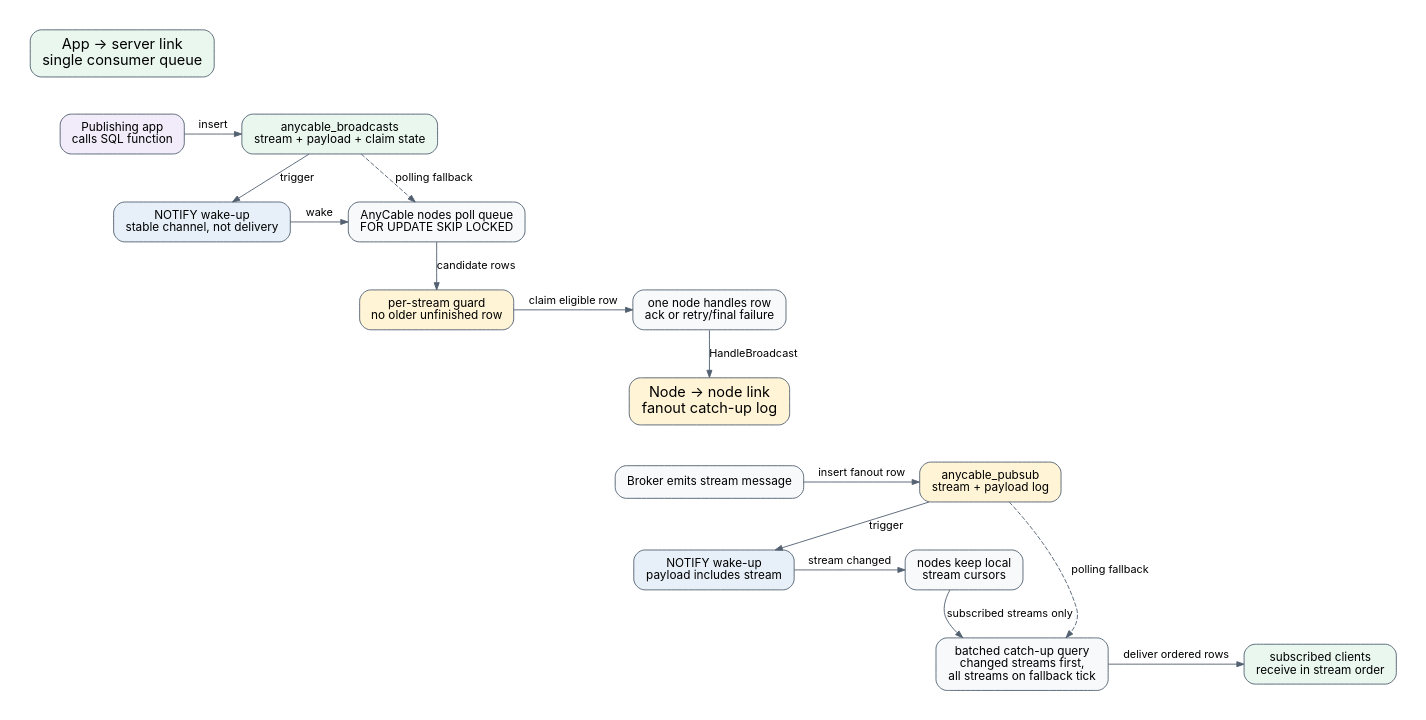
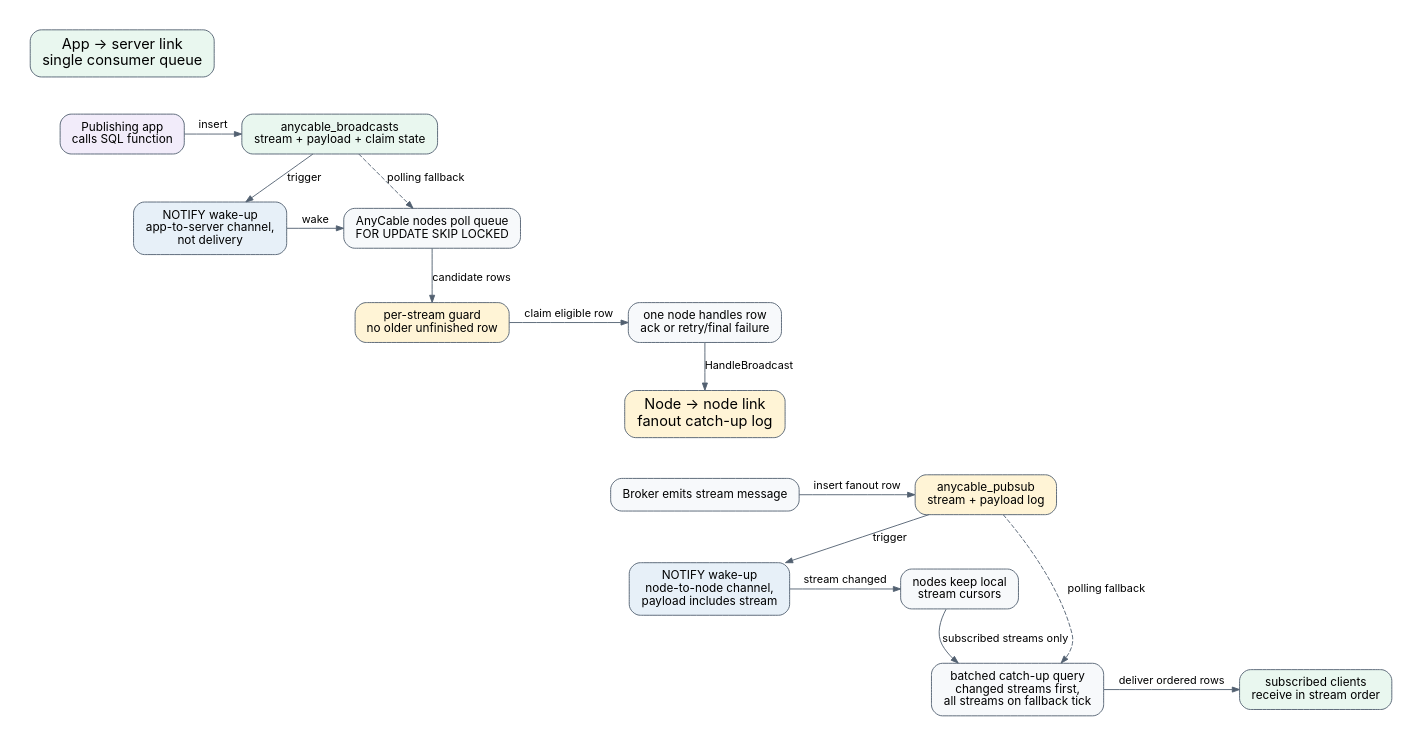
Before and after one commit to anycable/anycable: the diagram in docs/images/postgres-signalling-dataflow.dot, drawn with Graphviz. The commit also changed 2 other files, not shown here.

```diff
--- a/docs/images/postgres-signalling-dataflow.dot
+++ b/docs/images/postgres-signalling-dataflow.dot
@@ -1,75 +1,75 @@
 digraph postgres_signalling_dataflow {
   graph [
     rankdir=TB,
     bgcolor="white",
     pad="0.35",
     nodesep="0.45",
     ranksep="0.55",
     fontname="Inter"
   ];
 
   node [
     shape=box,
     style="rounded,filled",
     color="#526070",
     fillcolor="#F7F9FB",
     fontname="Inter",
     fontsize=13,
     margin="0.18,0.11"
   ];
 
   edge [
     color="#526070",
     fontname="Inter",
     fontsize=12,
     arrowsize=0.8
   ];
 
   app_link [label="App -> server link\nsingle consumer queue", shape=box, fillcolor="#E9F7EF", fontsize=16];
   app [label="Publishing app\ncalls SQL function", fillcolor="#F2ECFA"];
   broadcasts [label="anycable_broadcasts\nstream + payload + claim state", fillcolor="#E9F7EF"];
-  app_notify [label="NOTIFY wake-up\nstable channel, not delivery", fillcolor="#E7F0F8"];
+  app_notify [label="NOTIFY wake-up\napp-to-server channel,\nnot delivery", fillcolor="#E7F0F8"];
   claim [label="AnyCable nodes poll queue\nFOR UPDATE SKIP LOCKED", fillcolor="#F7F9FB"];
   order_guard [label="per-stream guard\nno older unfinished row", fillcolor="#FFF4D6"];
   winner [label="one node handles row\nack or retry/final failure", fillcolor="#F7F9FB"];
 
   fanout_link [label="Node -> node link\nfanout catch-up log", shape=box, fillcolor="#FFF4D6", fontsize=16];
   broker [label="Broker emits stream message", fillcolor="#F7F9FB"];
   pubsub [label="anycable_pubsub\nstream + payload log", fillcolor="#FFF4D6"];
-  fanout_notify [label="NOTIFY wake-up\npayload includes stream", fillcolor="#E7F0F8"];
+  fanout_notify [label="NOTIFY wake-up\nnode-to-node channel,\npayload includes stream", fillcolor="#E7F0F8"];
   interested [label="nodes keep local\nstream cursors", fillcolor="#F7F9FB"];
   catchup [label="batched catch-up query\nchanged streams first,\nall streams on fallback tick", fillcolor="#F7F9FB"];
   clients [label="subscribed clients\nreceive in stream order", fillcolor="#E9F7EF"];
 
   { rank=same; app; broadcasts; }
   { rank=same; app_notify; claim; }
   { rank=same; order_guard; winner; }
   { rank=same; broker; pubsub; }
   { rank=same; fanout_notify; interested; }
   { rank=same; catchup; clients; }
 
   app_link -> app [style=invis];
   app -> broadcasts [label="insert"];
   broadcasts -> app_notify [label="trigger"];
   app_notify -> claim [label="wake"];
   claim -> order_guard [label="candidate rows"];
   order_guard -> winner [label="claim eligible row"];
   winner -> fanout_link [label="HandleBroadcast"];
 
   fanout_link -> broker [style=invis];
   broker -> pubsub [label="insert fanout row"];
   pubsub -> fanout_notify [label="trigger"];
   fanout_notify -> interested [label="stream changed"];
   interested -> catchup [label="subscribed streams only"];
   catchup -> clients [label="deliver ordered rows"];
 
   broadcasts -> claim [
     label="polling fallback",
     style=dashed
   ];
 
   pubsub -> catchup [
     label="polling fallback",
     style=dashed
   ];
 }
```
